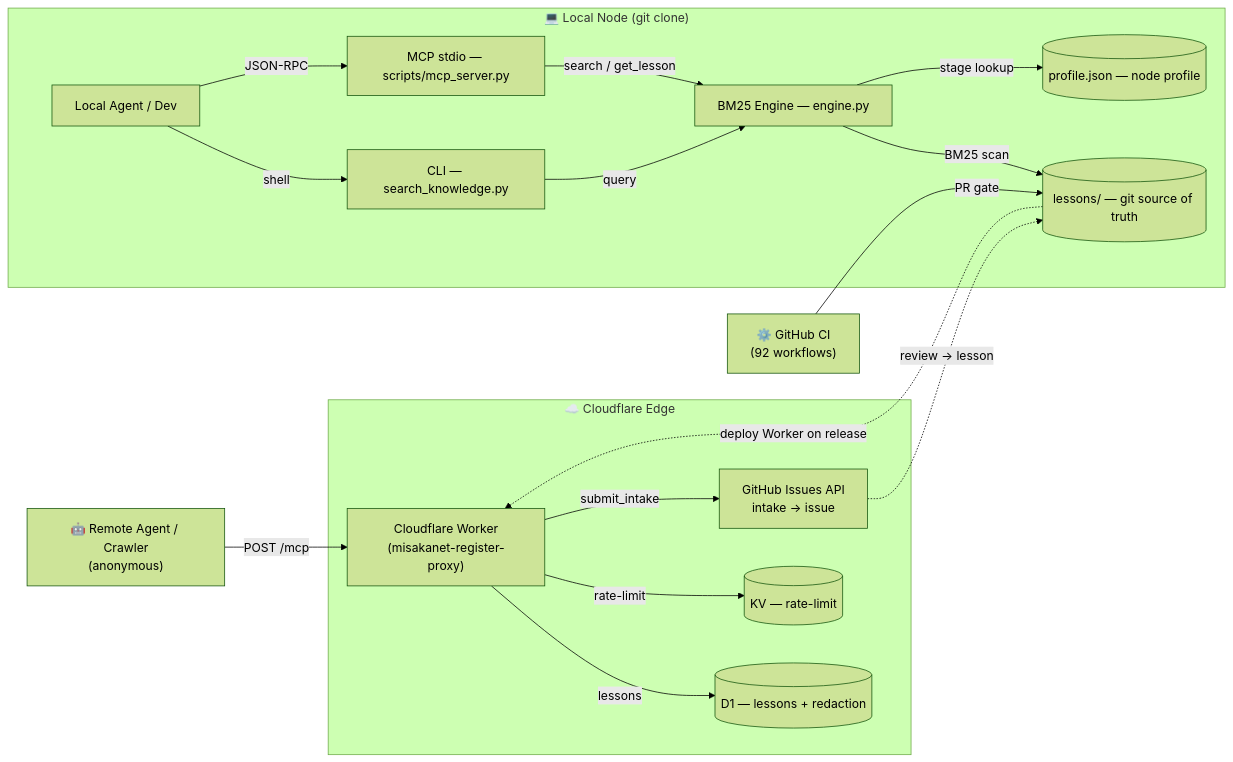
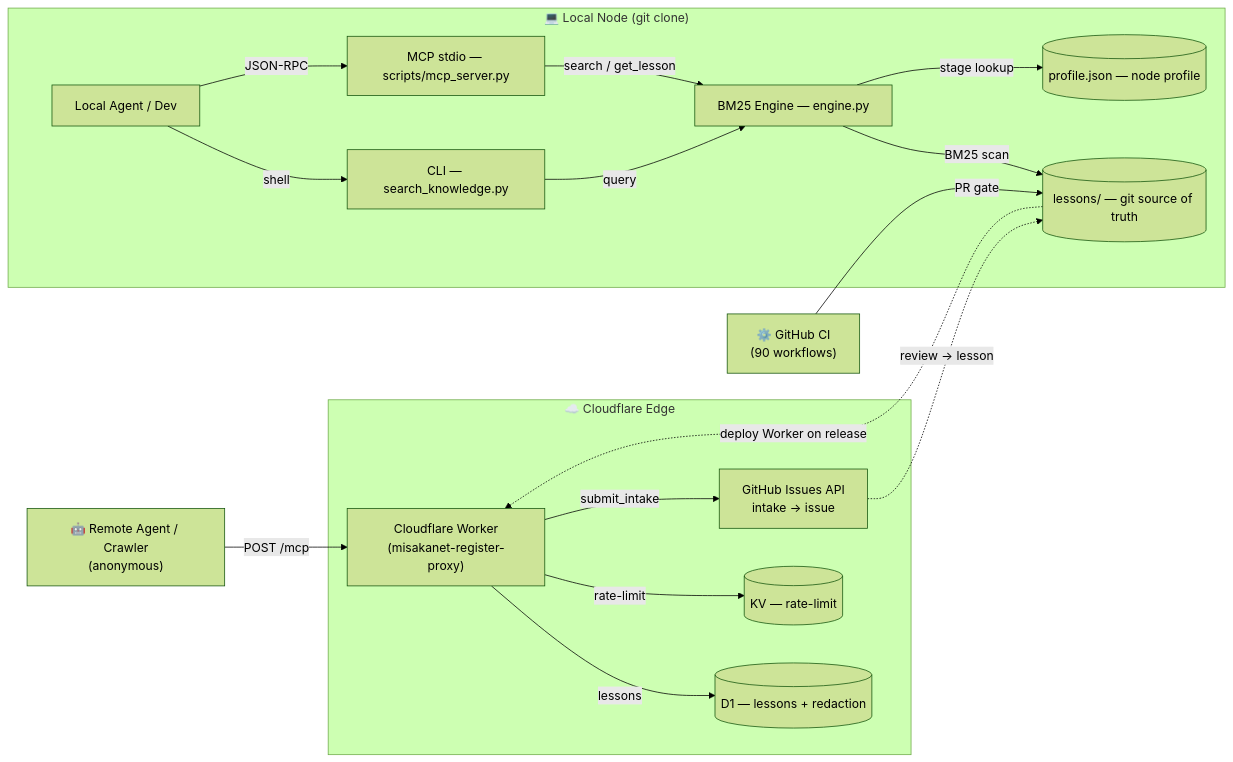
One commit to Ikalus1988/MisakaNet changed the diagram in ARCHITECTURE.md. Above: the diagram before and after it, drawn with Mermaid (forest theme). The commit also changed other lines of this file and 15 other files, not shown here.

````diff
--- a/ARCHITECTURE.md
+++ b/ARCHITECTURE.md
@@ -129,37 +129,37 @@
 ```mermaid
 flowchart LR
     subgraph Edge["☁️ Cloudflare Edge"]
         Worker["Cloudflare Worker<br/>(misakanet-register-proxy)"]
         D1[("D1 — lessons + redaction")]
         KV[("KV — rate-limit")]
         Intake["GitHub Issues API<br/>intake → issue"]
     end
 
     subgraph Local["💻 Local Node (git clone)"]
         User["Local Agent / Dev"]
         CLI["CLI — search_knowledge.py"]
         MCP["MCP stdio — scripts/mcp_server.py"]
         Engine["BM25 Engine — engine.py"]
         Lessons[("lessons/ — git source of truth")]
         Profile[("profile.json — node profile")]
     end
 
     Crawler["🤖 Remote Agent / Crawler<br/>(anonymous)"]
-    CI["⚙️ GitHub CI<br/>(92 workflows)"]
+    CI["⚙️ GitHub CI<br/>(90 workflows)"]
 
     Crawler -- "POST /mcp" --> Worker
     Worker -- "lessons" --> D1
     Worker -- "rate-limit" --> KV
     Worker -- "submit_intake" --> Intake
     Intake -. "review → lesson" .-> Lessons
 
     User -- "shell" --> CLI
     User -- "JSON-RPC" --> MCP
     CLI -- "query" --> Engine
     MCP -- "search / get_lesson" --> Engine
     Engine -- "BM25 scan" --> Lessons
     Engine -- "stage lookup" --> Profile
 
     CI -- "PR gate" --> Lessons
     Lessons -. "deploy Worker on release" .-> Worker
 ```
````
